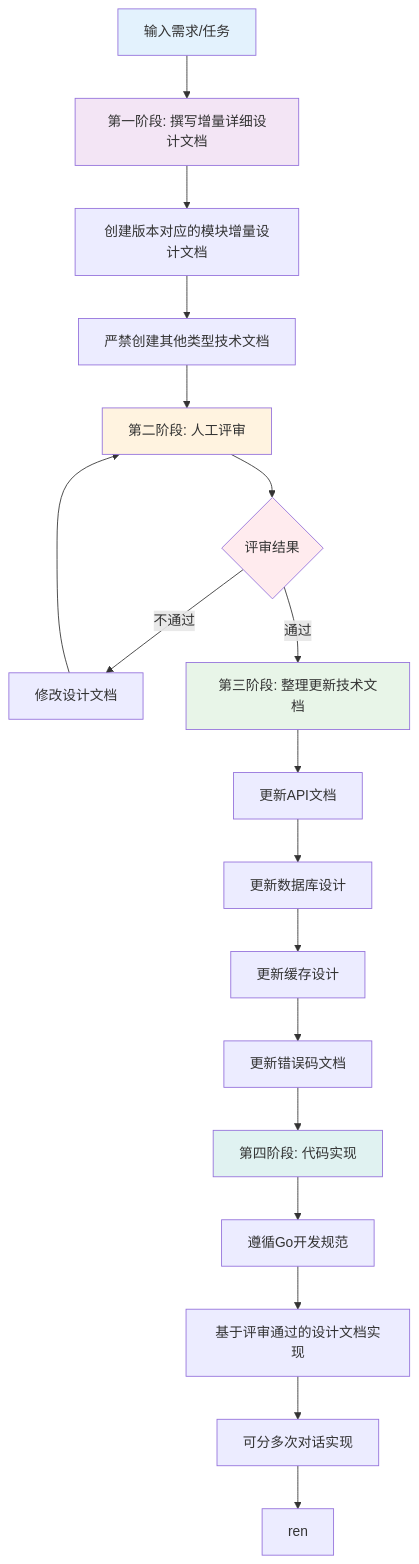
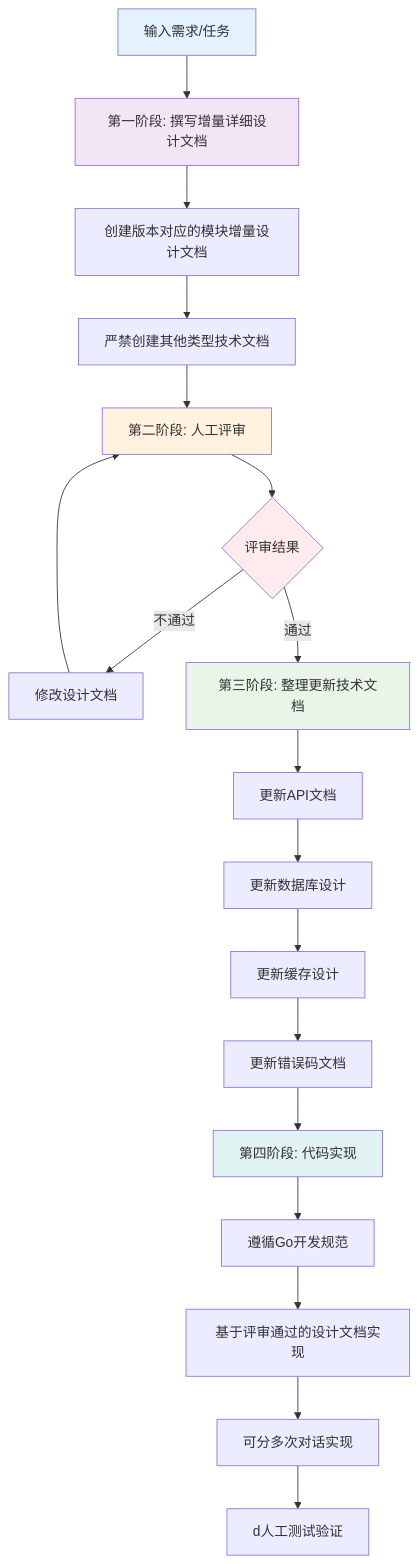
The diagram in all/未命名-1.md (yingjianzh/iodraw-files), drawn with Mermaid before and after one commit.

Commit message:
2025-10-22 17:37:35 update

````diff
--- a/all/未命名-1.md
+++ b/all/未命名-1.md
@@ -1,29 +1,29 @@
 ```mermaid
 
 flowchart TD
     A[输入需求/任务] --> B[第一阶段: 撰写增量详细设计文档]
     B --> C[创建版本对应的模块增量设计文档]
     C --> D[严禁创建其他类型技术文档]
     D --> E[第二阶段: 人工评审]
     E --> F{评审结果}
     F -->|不通过| G[修改设计文档]
     G --> E
     F -->|通过| H[第三阶段: 整理更新技术文档]
     H --> I[更新API文档]
     I --> J[更新数据库设计]
     J --> K[更新缓存设计]
     K --> L[更新错误码文档]
     L --> M[第四阶段: 代码实现]
     M --> N[遵循Go开发规范]
     N --> O[基于评审通过的设计文档实现]
     O --> P[可分多次对话实现]
-    P --> R[ren]
+    P --> R[d人工测试验证]
     
     style A fill:#e3f2fd
     style B fill:#f3e5f5
     style E fill:#fff3e0
     style F fill:#ffebee
     style H fill:#e8f5e8
     style M fill:#e0f2f1
 
 ```
````
